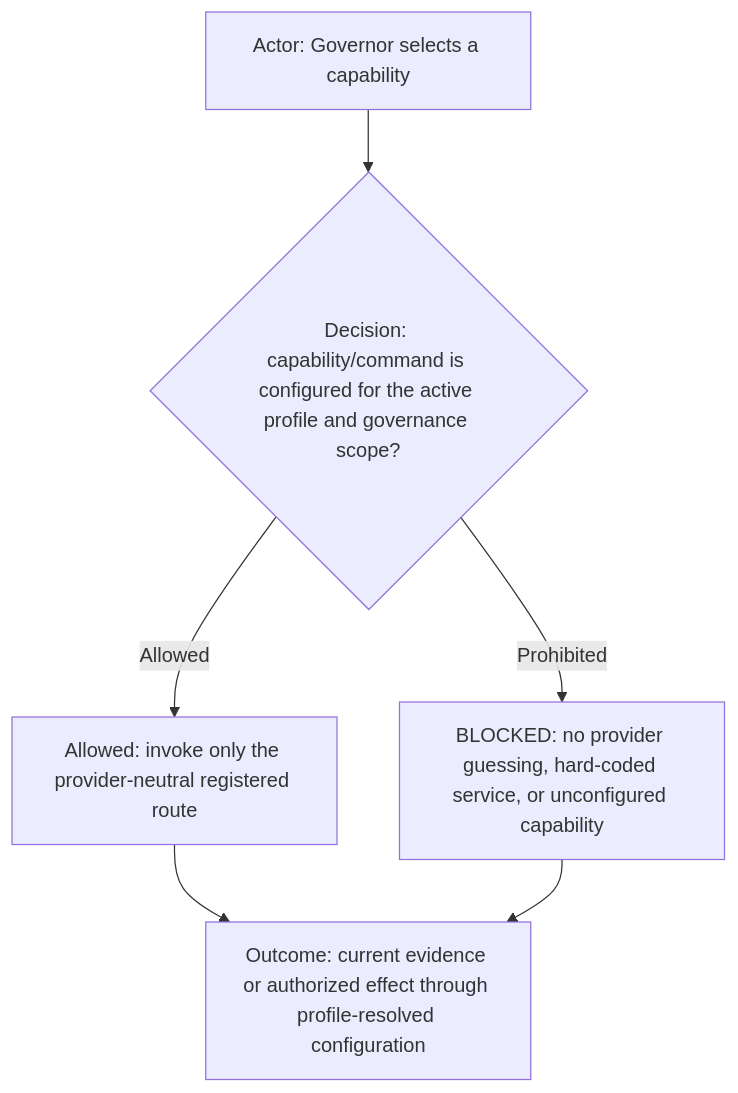
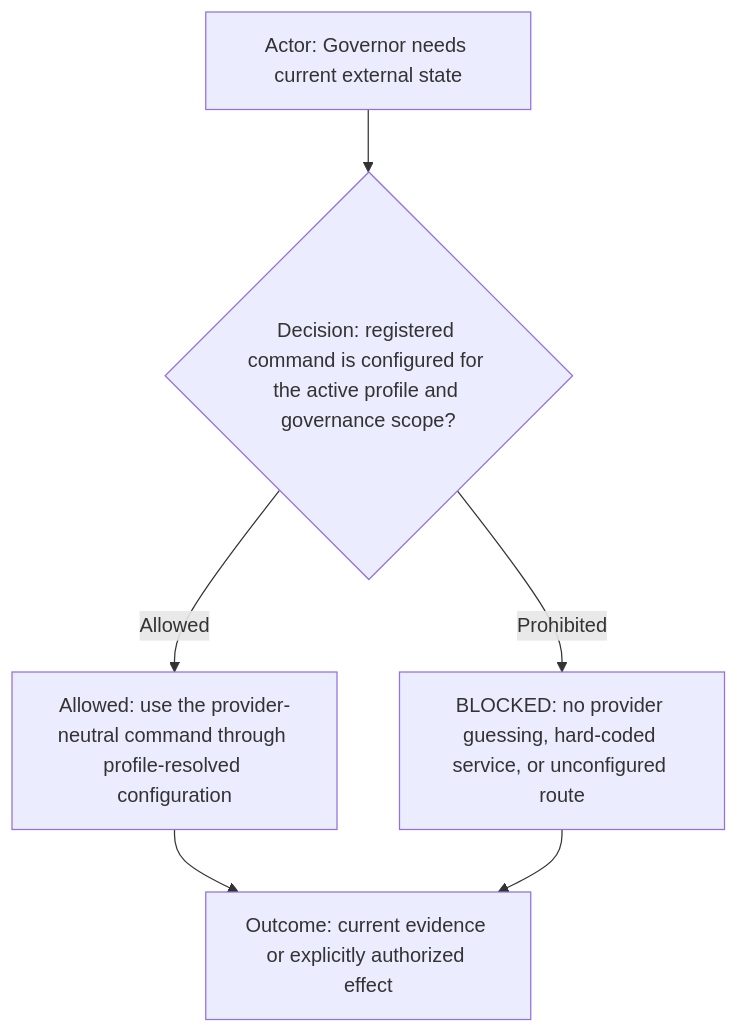
The second of 6 diagrams in ai-workflows/_common/roles/cross-workflow-governor.md (starodubtsevconsulting/ai-fleas), drawn with Mermaid before and after one commit. The commit also changed other lines of this file, not shown here.

Commit message:
Reduce Governor prose duplication and use command-only utilities

````diff
--- a/ai-workflows/_common/roles/cross-workflow-governor.md
+++ b/ai-workflows/_common/roles/cross-workflow-governor.md
@@ -32,8 +24,8 @@
 ```mermaid
 flowchart TD
-  Actor["Actor: Governor selects a capability"] --> Decision{"Decision: capability/command is configured for the active profile and governance scope?"}
-  Decision -->|Allowed| Route["Allowed: invoke only the provider-neutral registered route"]
-  Decision -->|Prohibited| Blocked["BLOCKED: no provider guessing, hard-coded service, or unconfigured capability"]
-  Route --> Outcome["Outcome: current evidence or authorized effect through profile-resolved configuration"]
+  Actor["Actor: Governor needs current external state"] --> Decision{"Decision: registered command is configured for the active profile and governance scope?"}
+  Decision -->|Allowed| Route["Allowed: use the provider-neutral command through profile-resolved configuration"]
+  Decision -->|Prohibited| Blocked["BLOCKED: no provider guessing, hard-coded service, or unconfigured route"]
+  Route --> Outcome["Outcome: current evidence or explicitly authorized effect"]
   Blocked --> Outcome
 ```
````
